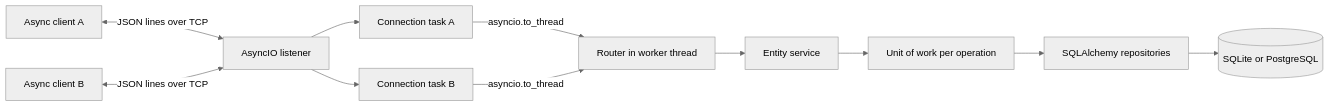
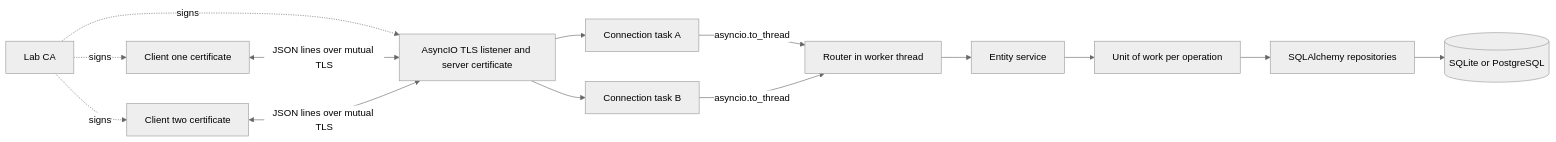
Before and after one commit to danigil1612/Implement-the-back-office-Persistence-Layer-Daniel-Gil: the diagram in ARCHITECTURE.md, drawn with Mermaid (neutral theme). The commit also changed other lines of this file and 10 other files, not shown here.

Commit message:
Authenticate back-office clients with mutual TLS

````diff
--- a/ARCHITECTURE.md
+++ b/ARCHITECTURE.md
@@ -3,13 +3,16 @@
 ```mermaid
 flowchart LR
-    A[Async client A] <-->|JSON lines over TCP| L[AsyncIO listener]
-    B[Async client B] <-->|JSON lines over TCP| L
+    CA[Lab CA] -. signs .-> A[Client one certificate]
+    CA -. signs .-> B[Client two certificate]
+    CA -. signs .-> L[AsyncIO TLS listener and server certificate]
+    A <-->|JSON lines over mutual TLS| L
+    B <-->|JSON lines over mutual TLS| L
     L --> H1[Connection task A]
     L --> H2[Connection task B]
     H1 -->|asyncio.to_thread| R[Router in worker thread]
     H2 -->|asyncio.to_thread| R
     R --> S[Entity service]
     S --> U[Unit of work per operation]
     U --> P[SQLAlchemy repositories]
     P --> D[(SQLite or PostgreSQL)]
 ```
````
